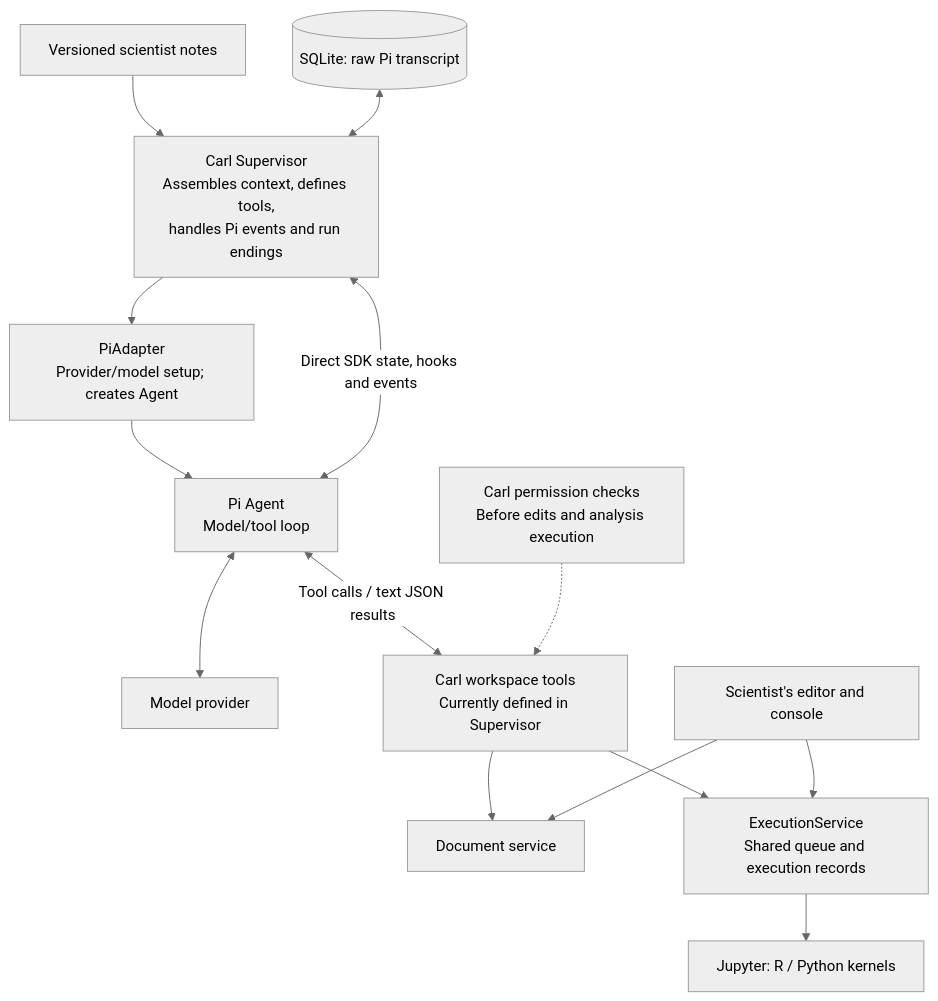
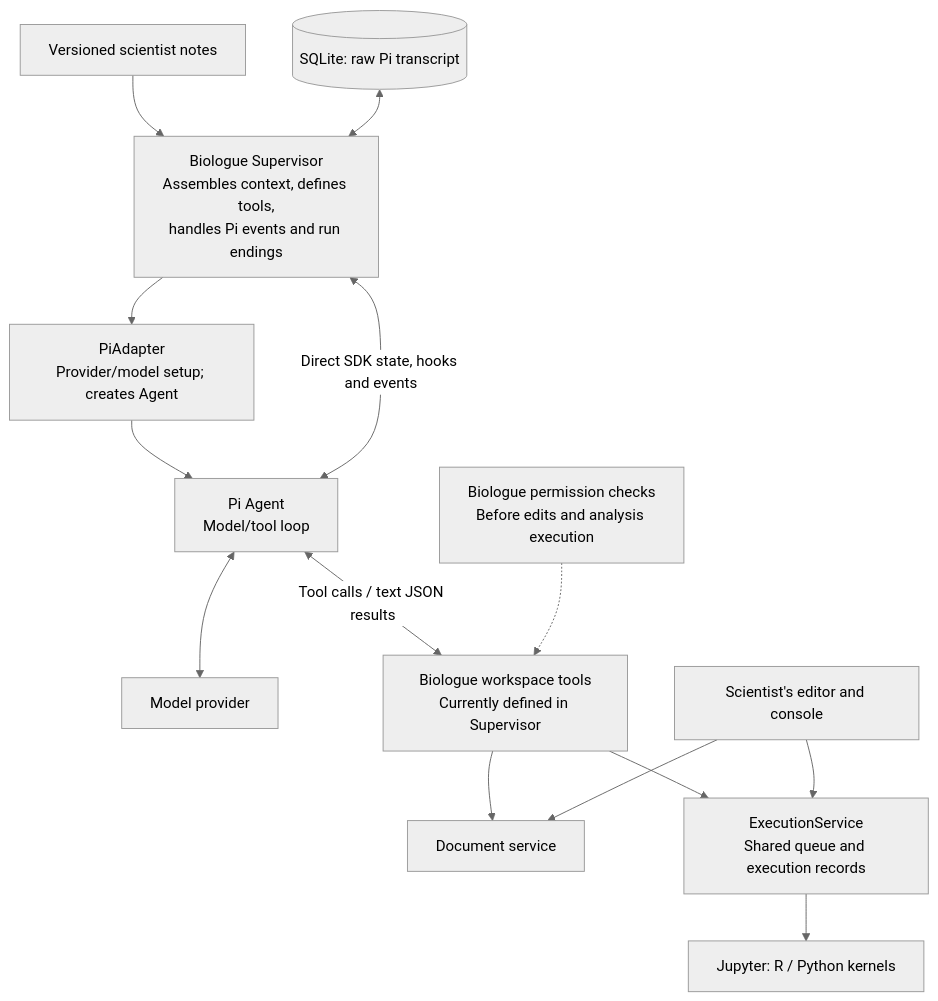
One commit to carl-stone/biologue changed the first of 2 diagrams in docs/pi-boundary-audit.md. Above: the diagram before and after it, drawn with Mermaid (neutral theme). The commit also changed other lines of this file and 83 other files, not shown here.

````diff
--- a/docs/pi-boundary-audit.md
+++ b/docs/pi-boundary-audit.md
@@ -67,16 +64,16 @@
 ```mermaid
 flowchart TB
     Notes["Versioned scientist notes"] --> Supervisor
     History[("SQLite: raw Pi transcript")] <--> Supervisor
-    Supervisor["Carl Supervisor<br/>Assembles context, defines tools,<br/>handles Pi events and run endings"] --> Factory
+    Supervisor["Biologue Supervisor<br/>Assembles context, defines tools,<br/>handles Pi events and run endings"] --> Factory
     Factory["PiAdapter<br/>Provider/model setup; creates Agent"] --> Pi
     Supervisor <-->|"Direct SDK state, hooks and events"| Pi
     Pi["Pi Agent<br/>Model/tool loop"] <--> Models["Model provider"]
     Pi <-->|"Tool calls / text JSON results"| Tools
-    Tools["Carl workspace tools<br/>Currently defined in Supervisor"] --> Documents["Document service"]
+    Tools["Biologue workspace tools<br/>Currently defined in Supervisor"] --> Documents["Document service"]
     Tools --> Execution["ExecutionService<br/>Shared queue and execution records"]
     Human["Scientist's editor and console"] --> Documents
     Human --> Execution
     Execution --> Kernels["Jupyter: R / Python kernels"]
-    Gates["Carl permission checks<br/>Before edits and analysis execution"] -.-> Tools
+    Gates["Biologue permission checks<br/>Before edits and analysis execution"] -.-> Tools
 ```
````
